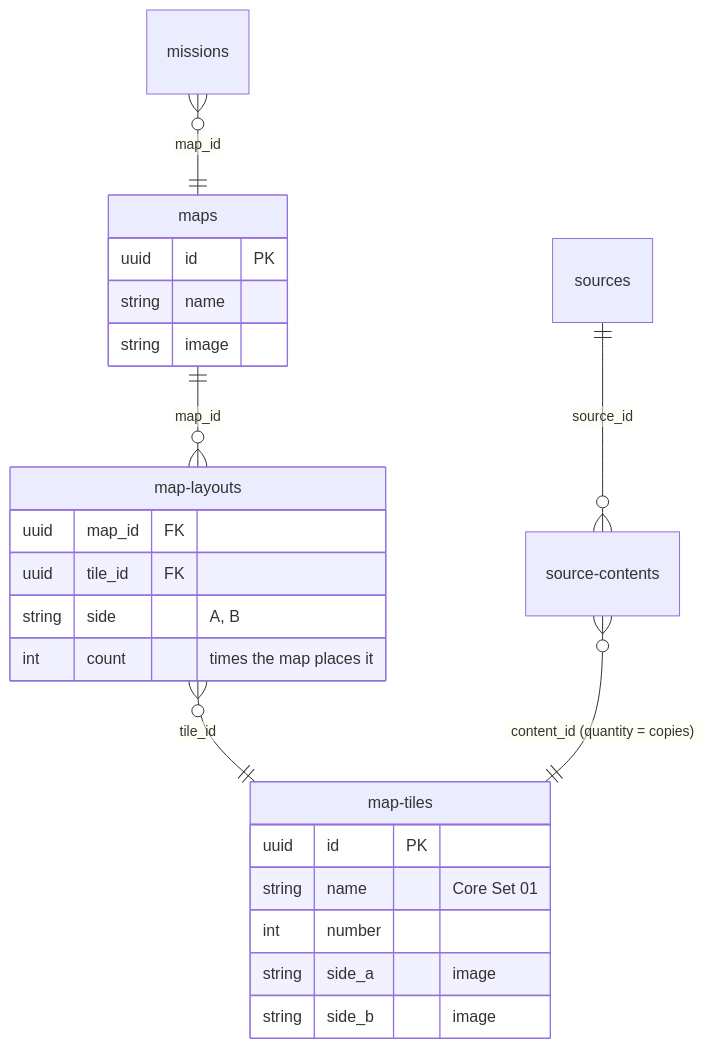
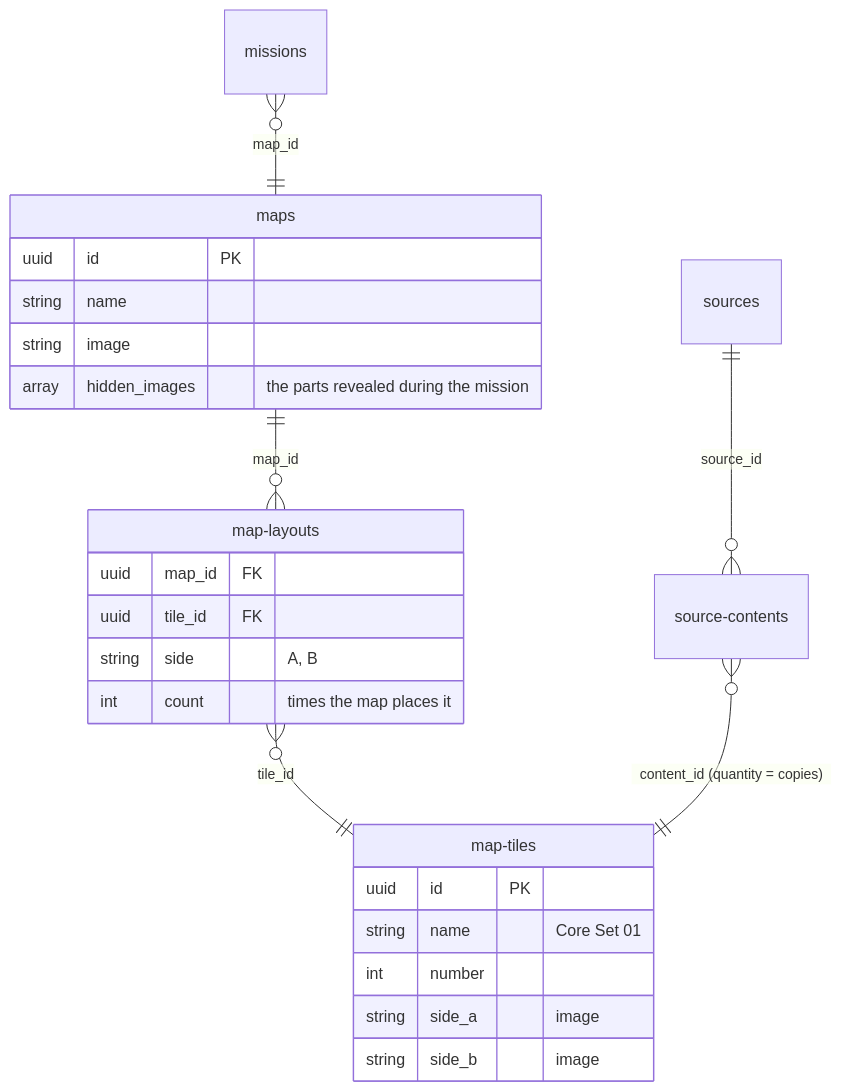
Before and after one commit to lvisintini/imperial-assault-data: the seventh of 9 diagrams in docs/data-model.md, drawn with Mermaid. The commit also changed other lines of this file and 179 other files, not shown here.

First line of the commit message:
Campaign maps: 20 more corrected, and hidden map parts

````diff
--- a/docs/data-model.md
+++ b/docs/data-model.md
@@ -429,27 +434,28 @@
 ```mermaid
 erDiagram
     missions }o--|| maps : "map_id"
     maps ||--o{ map-layouts : "map_id"
     map-layouts }o--|| map-tiles : "tile_id"
     sources ||--o{ source-contents : "source_id"
     source-contents }o--|| map-tiles : "content_id (quantity = copies)"
 
     maps {
         uuid id PK
         string name
         string image
+        array hidden_images "the parts revealed during the mission"
     }
     map-tiles {
         uuid id PK
         string name "Core Set 01"
         int number
         string side_a "image"
         string side_b "image"
     }
     map-layouts {
         uuid map_id FK
         uuid tile_id FK
         string side "A, B"
         int count "times the map places it"
     }
 ```
````
